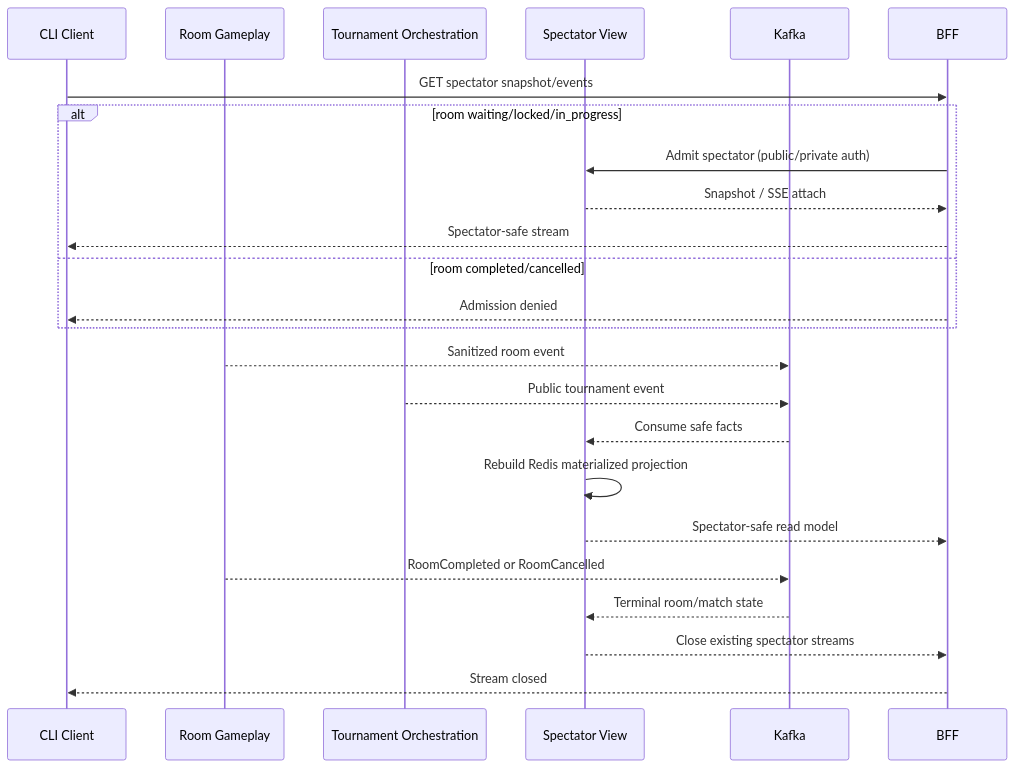
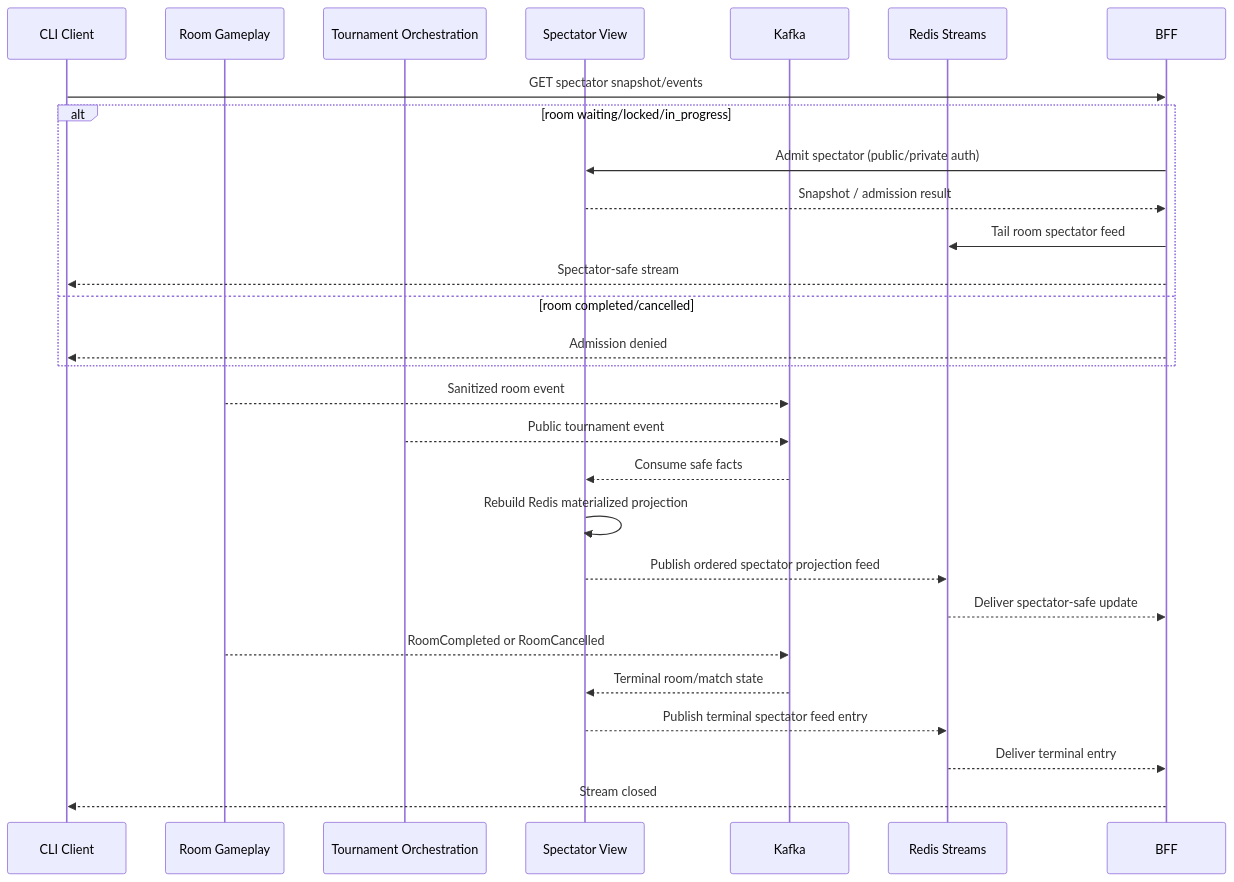
The fifth of 8 diagrams in docs/architecture/07-sequence-diagrams.md (FSendot/uno-arena), drawn with Mermaid before and after one commit. The commit also changed other lines of this file and 430 other files, not shown here.

Commit message:
feat: add durable adapters and local kind deployment architecture

````diff
--- a/docs/architecture/07-sequence-diagrams.md
+++ b/docs/architecture/07-sequence-diagrams.md
@@ -105,27 +142,31 @@
 ```mermaid
 sequenceDiagram
     participant C as CLI Client
     participant R as Room Gameplay
     participant T as Tournament Orchestration
     participant S as Spectator View
     participant K as Kafka
+    participant X as Redis Streams
     participant B as BFF
 
     C->>B: GET spectator snapshot/events
     alt room waiting/locked/in_progress
         B->>S: Admit spectator (public/private auth)
-        S-->>B: Snapshot / SSE attach
+        S-->>B: Snapshot / admission result
+        B->>X: Tail room spectator feed
         B-->>C: Spectator-safe stream
     else room completed/cancelled
         B-->>C: Admission denied
     end
     R-->>K: Sanitized room event
     T-->>K: Public tournament event
     K-->>S: Consume safe facts
     S->>S: Rebuild Redis materialized projection
-    S-->>B: Spectator-safe read model
+    S-->>X: Publish ordered spectator projection feed
+    X-->>B: Deliver spectator-safe update
     R-->>K: RoomCompleted or RoomCancelled
     K-->>S: Terminal room/match state
-    S-->>B: Close existing spectator streams
+    S-->>X: Publish terminal spectator feed entry
+    X-->>B: Deliver terminal entry
     B-->>C: Stream closed
 ```
````
